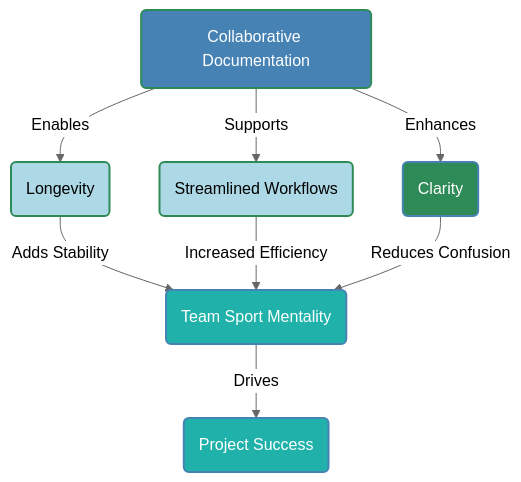
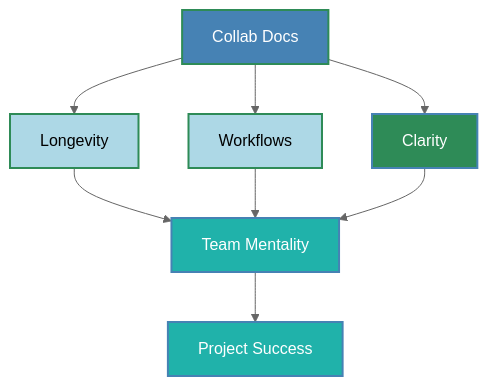
One commit to buckeye43210/markdown-to-snowkb changed the ninth of 9 diagrams in README.md. Above: the diagram before and after it, drawn with Mermaid (neutral theme). The commit also changed other lines of this file, not shown here.

````diff
--- a/README.md
+++ b/README.md
@@ -673,24 +470,17 @@
-~~~mermaid
+```mermaid
 graph TD
-    A(Collaborative Documentation)
-    B(Longevity)
-    C(Streamlined Workflows)
-    D(Clarity)
-    E(Team Sport Mentality)
-    F(Project Success)
+    A[Collab Docs] --> B[Longevity]
+    A --> C[Workflows]
+    A --> D[Clarity]
+    B --> E[Team Mentality]
+    C --> E
+    D --> E
+    E --> F[Project Success]
 
-    A -->|Enables| B
-    A -->|Supports| C
-    A -->|Enhances| D
-    B -->|Adds Stability| E
-    C -->|Increased Efficiency| E
-    D -->|Reduces Confusion| E
-    E -->|Drives| F
-    
     style A fill:#4682B4,stroke:#2E8B57,stroke-width:2px,color:#FFFFFF
     style B fill:#ADD8E6,stroke:#2E8B57,stroke-width:2px
     style C fill:#ADD8E6,stroke:#2E8B57,stroke-width:2px
     style D fill:#2E8B57,stroke:#4682B4,stroke-width:2px,color:#FFFFFF
     style E fill:#20B2AA,stroke:#4682B4,stroke-width:2px,color:#FFFFFF
     style F fill:#20B2AA,stroke:#4682B4,stroke-width:2px,color:#FFFFFF
-~~~
+```
````
